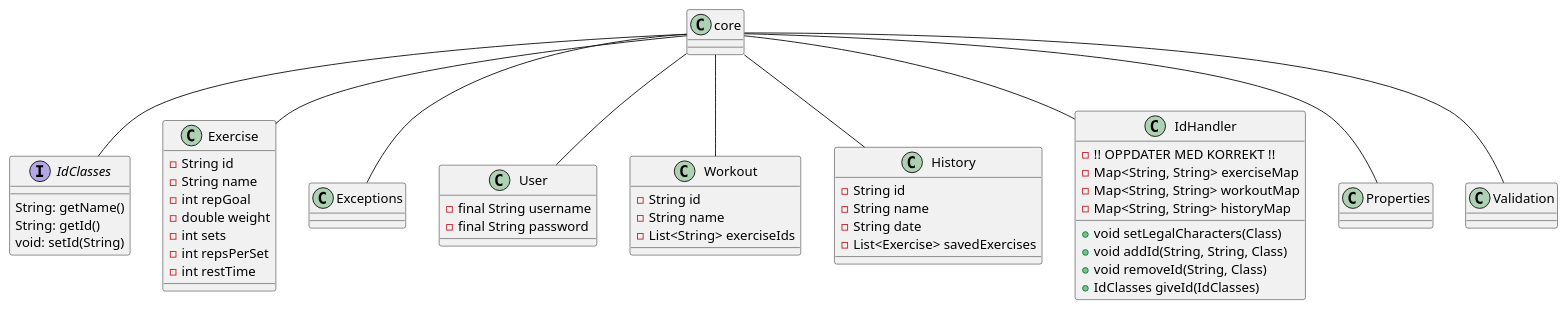
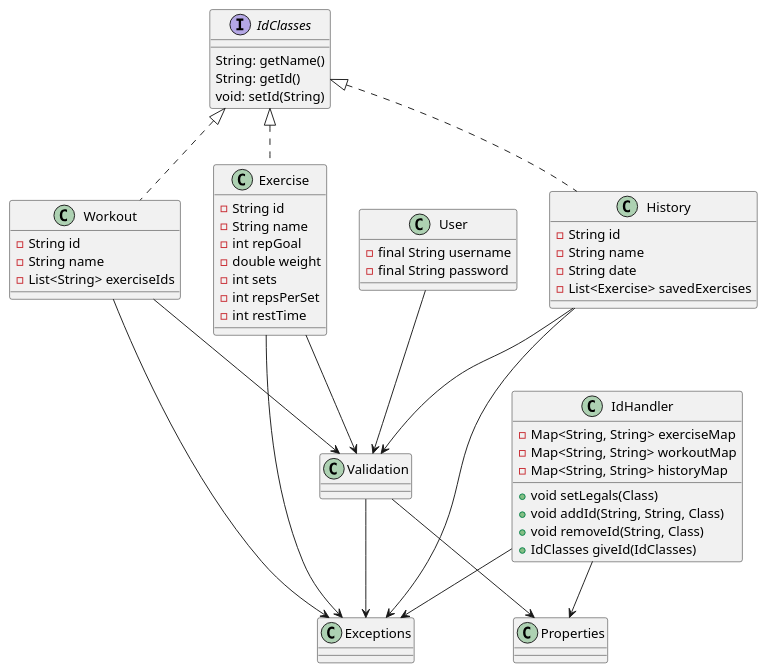
One commit to Madt2/IT1901-Prosjekt-host-2021 changed the diagram in docs/diagrams/coreDiagram.puml. Above: the diagram before and after it, drawn with PlantUML. The commit also changed 4 other files, not shown here.

Commit message:
Updated and changed setup in class diagrams for architecture, json, core and rest.

```diff
--- a/docs/diagrams/coreDiagram.puml
+++ b/docs/diagrams/coreDiagram.puml
@@ -1,70 +1,81 @@
 @startuml Core Diagram
 
 interface IdClasses {
   String: getName()
   String: getId()
   void: setId(String)
 }
 
-class Exercise {
+class Exercise implements IdClasses{
   -String id
   -String name
   -int repGoal
   -double weight
   -int sets
   -int repsPerSet
   -int restTime
 }
 
 class Exceptions {
 
 }
 
 class User {
   -final String username
   -final String password
 }
 
-class Workout {
+class Workout implements IdClasses{
   -String id
   -String name
   -List<String> exerciseIds
 }
 
-class History {
+class History implements IdClasses{
   -String id
   -String name
   -String date
   -List<Exercise> savedExercises
 }
 
 class IdHandler {
-  - !! OPPDATER MED KORREKT !!
   -Map<String, String> exerciseMap
   -Map<String, String> workoutMap
   -Map<String, String> historyMap
-  +void setLegalCharacters(Class)
+  +void setLegals(Class)
   +void addId(String, String, Class)
   +void removeId(String, Class)
   +IdClasses giveId(IdClasses)
 
 }
 
 class Properties {
 
 }
 
 class Validation {
 
 }
 
-core -- Exercise
-core -- User
-core -- History
-core -- Workout
-core -- IdHandler
-core -- Exceptions
-core -- Properties
-core -- IdClasses
-core -- Validation
+Exercise --> Validation
+History --> Validation
+User --> Validation
+Workout --> Validation
+
+Validation --> Properties
+IdHandler --> Properties
+
+IdHandler --> Exceptions
+Exercise --> Exceptions
+History --> Exceptions
+Workout --> Exceptions
+Validation --> Exceptions
+
+/' Should we have this???
+IdHandler --> Exercise
+IdHandler --> History
+IdHandler --> Workout
+IdHandler --> User
+'/
+
 @enduml
```
